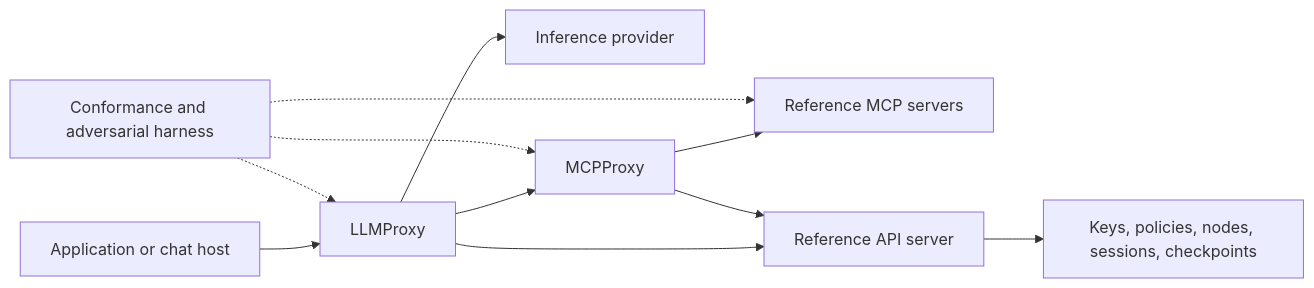
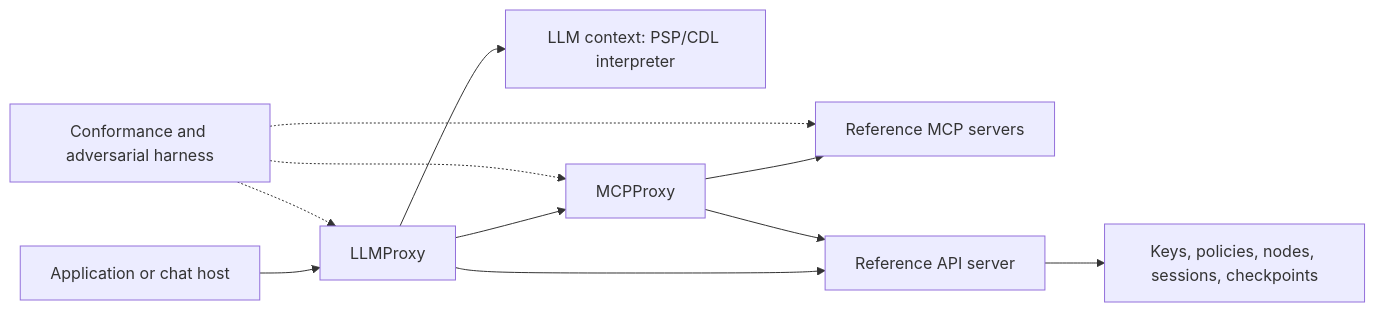
Before and after one commit to realflowmick/psp-cdl: the diagram in docs/architecture.md, drawn with Mermaid. The commit also changed other lines of this file and 36 other files, not shown here.

First line of the commit message:
Restore LLM-owned in-context PSP execution (#70)

````diff
--- a/docs/architecture.md
+++ b/docs/architecture.md
@@ -10,13 +23,13 @@
 ```mermaid
 flowchart LR
     Client[Application or chat host] --> LLM[LLMProxy]
-    LLM --> Provider[Inference provider]
+    LLM --> Provider[LLM context: PSP/CDL interpreter]
     LLM --> MCP[MCPProxy]
     MCP --> Services[Reference MCP servers]
     LLM --> API[Reference API server]
     MCP --> API
     API --> State[Keys, policies, nodes, sessions, checkpoints]
     Harness[Conformance and adversarial harness] -.-> LLM
     Harness -.-> MCP
     Harness -.-> Services
 ```
````
